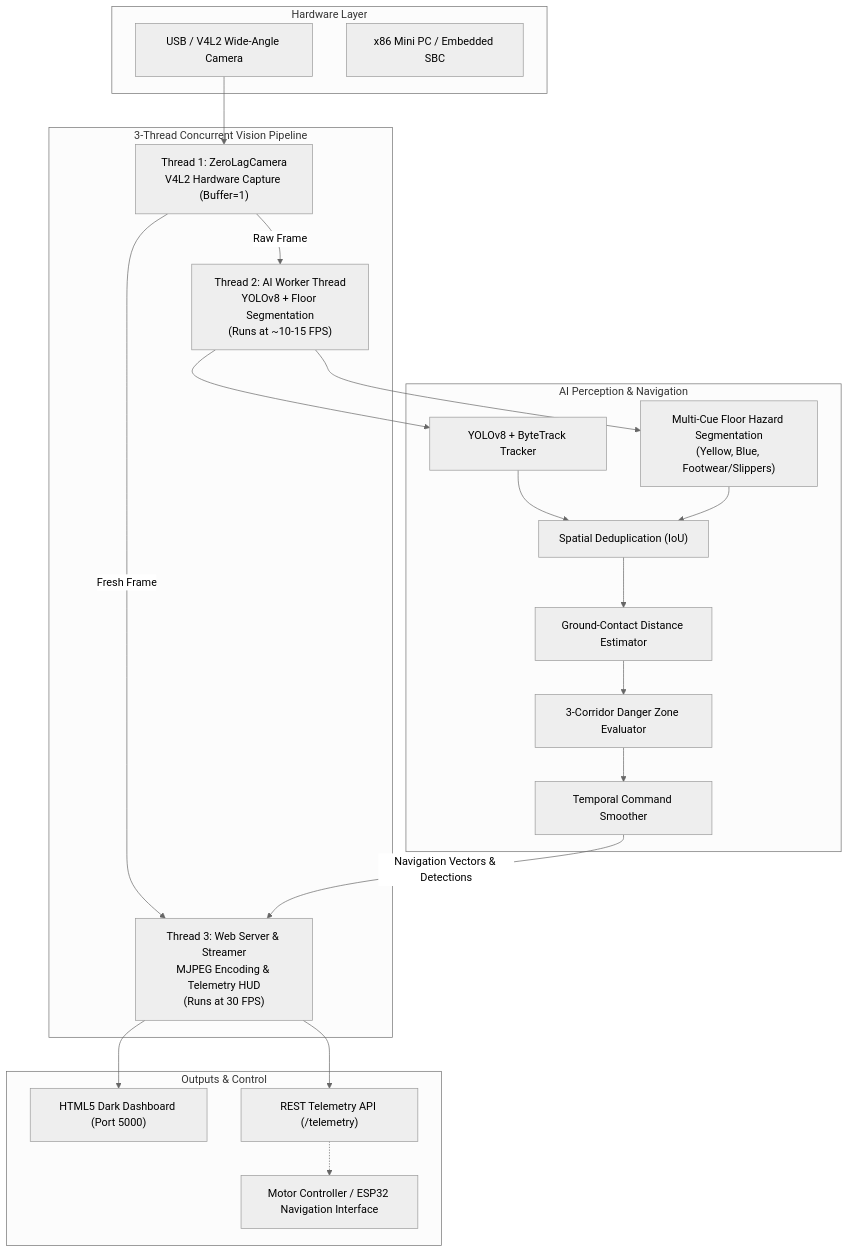
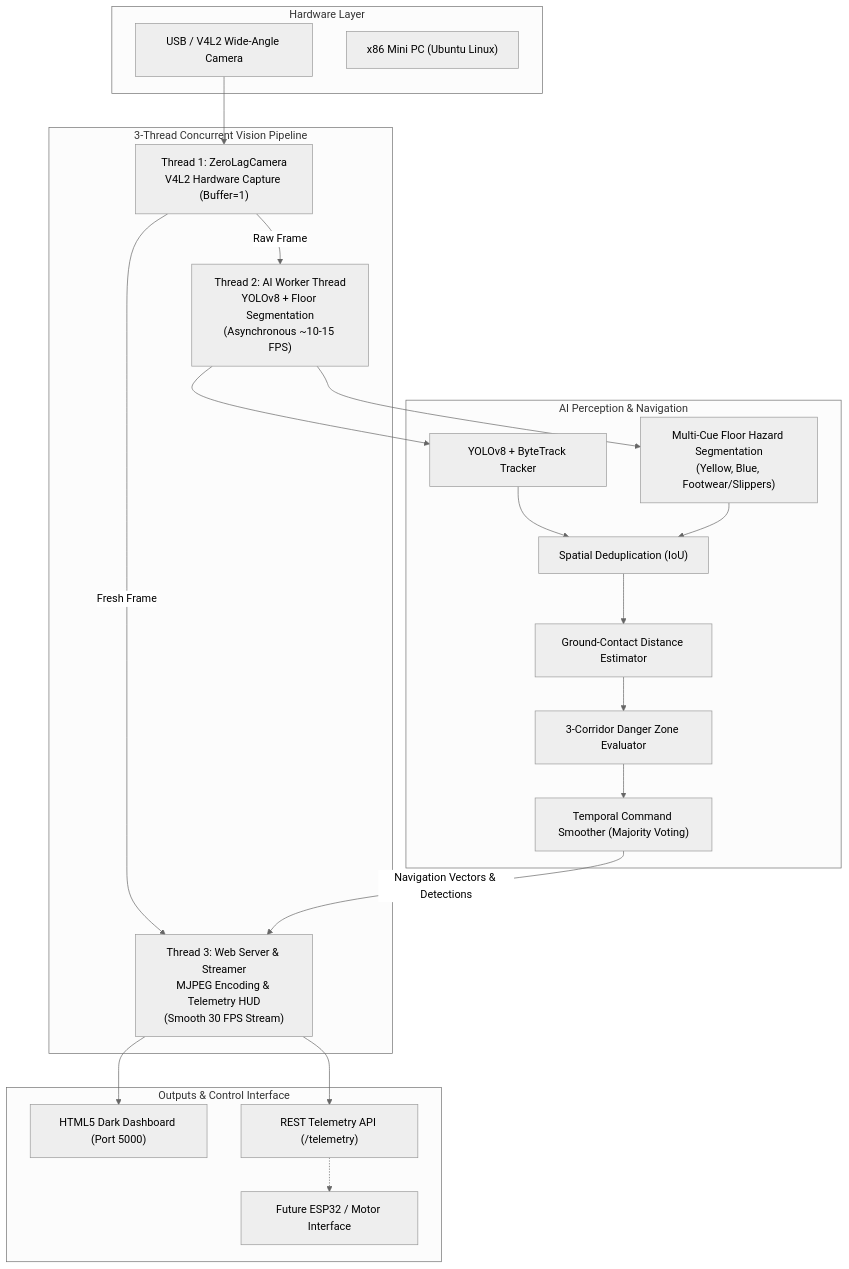
One commit to khairycse404/smart-wheelchair changed the second of 2 diagrams in README.md. Above: the diagram before and after it, drawn with Mermaid (neutral theme). The commit also changed other lines of this file, not shown here.

Commit message:
Fix KaTeX math rendering and document multi-phase Mechatronics roadmap (Vision, LiDAR, Sensor Fusion, ESP32 MCU)

````diff
--- a/README.md
+++ b/README.md
@@ -54,43 +90,43 @@
 ```mermaid
 flowchart TD
     subgraph Hardware ["Hardware Layer"]
         CAM["USB / V4L2 Wide-Angle Camera"]
-        PC["x86 Mini PC / Embedded SBC"]
+        PC["x86 Mini PC (Ubuntu Linux)"]
     end
 
     subgraph Pipeline ["3-Thread Concurrent Vision Pipeline"]
         T1["Thread 1: ZeroLagCamera\nV4L2 Hardware Capture (Buffer=1)"]
-        T2["Thread 2: AI Worker Thread\nYOLOv8 + Floor Segmentation\n(Runs at ~10-15 FPS)"]
-        T3["Thread 3: Web Server & Streamer\nMJPEG Encoding & Telemetry HUD\n(Runs at 30 FPS)"]
+        T2["Thread 2: AI Worker Thread\nYOLOv8 + Floor Segmentation\n(Asynchronous ~10-15 FPS)"]
+        T3["Thread 3: Web Server & Streamer\nMJPEG Encoding & Telemetry HUD\n(Smooth 30 FPS Stream)"]
     end
 
     subgraph Processing ["AI Perception & Navigation"]
         YOLO["YOLOv8 + ByteTrack Tracker"]
         FLOOR["Multi-Cue Floor Hazard Segmentation\n(Yellow, Blue, Footwear/Slippers)"]
         FUSE["Spatial Deduplication (IoU)"]
         DIST["Ground-Contact Distance Estimator"]
         ZONE["3-Corridor Danger Zone Evaluator"]
-        SMOOTH["Temporal Command Smoother"]
+        SMOOTH["Temporal Command Smoother (Majority Voting)"]
     end
 
-    subgraph Output ["Outputs & Control"]
+    subgraph Output ["Outputs & Control Interface"]
         WEB["HTML5 Dark Dashboard (Port 5000)"]
         API["REST Telemetry API (/telemetry)"]
-        MOTOR["Motor Controller / ESP32 Navigation Interface"]
+        MCU["Future ESP32 / Motor Interface"]
     end
 
     CAM --> T1
     T1 -->|Raw Frame| T2
     T1 -->|Fresh Frame| T3
     T2 --> YOLO
     T2 --> FLOOR
     YOLO --> FUSE
     FLOOR --> FUSE
     FUSE --> DIST
     DIST --> ZONE
     ZONE --> SMOOTH
     SMOOTH -->|Navigation Vectors & Detections| T3
     T3 --> WEB
     T3 --> API
-    API -.-> MOTOR
+    API -.-> MCU
 ```
````
